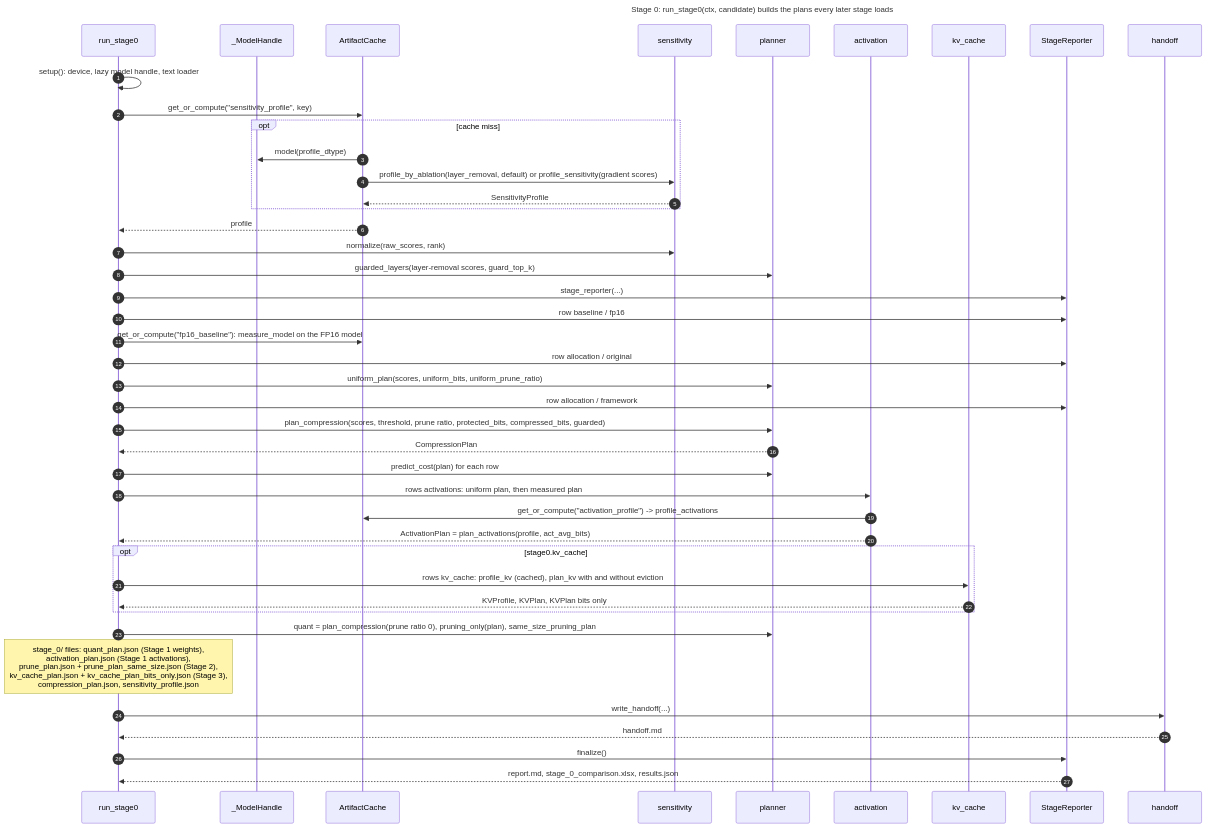
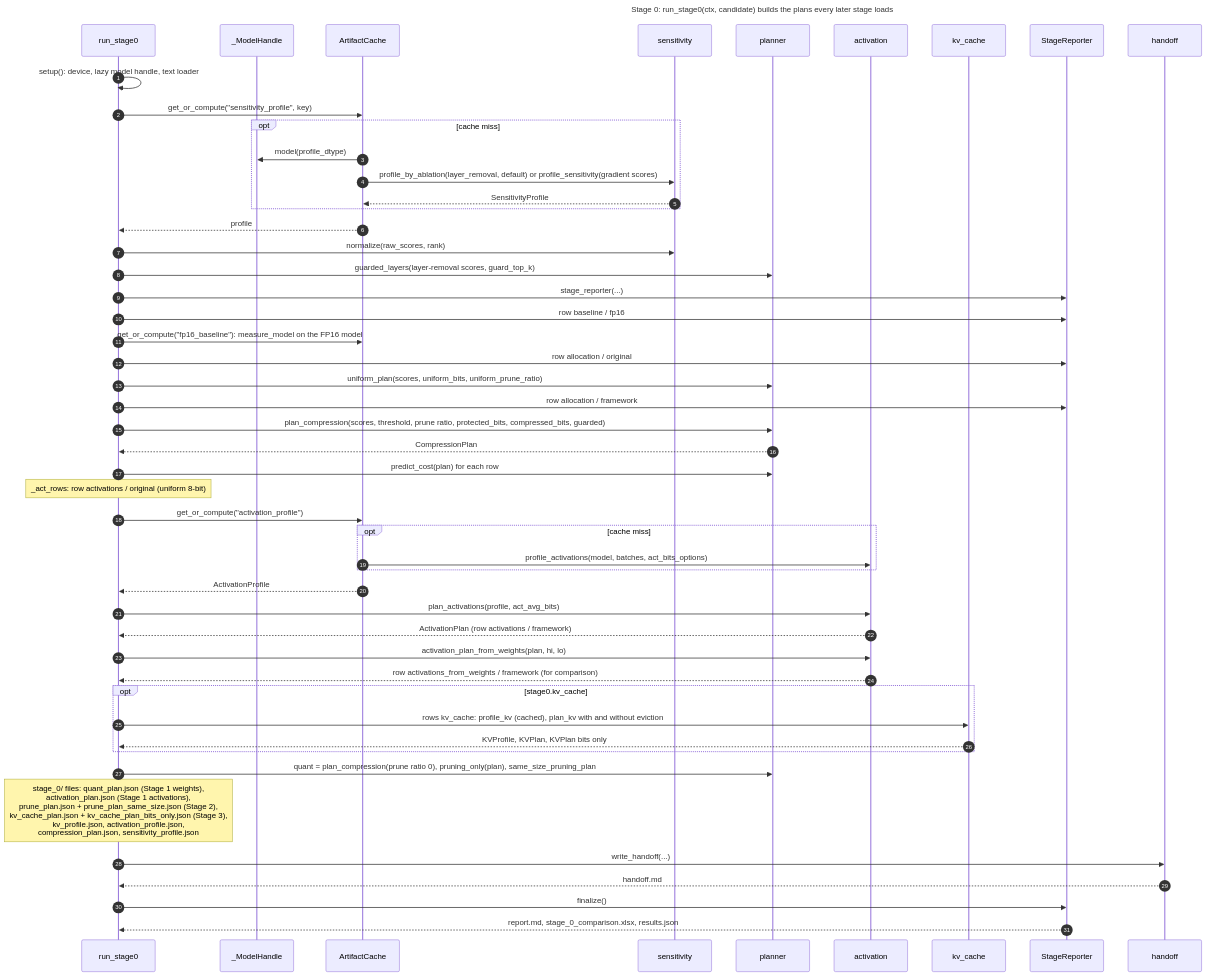
One commit to hamuutpls/sensitivity-driven-framework changed the diagram in docs/diagrams/seq-stage0.mmd. Above: the diagram before and after it, drawn with Mermaid. The commit also changed 8 other files, not shown here.

First line of the commit message:
docs: diagram review fixes and stale stage-split comments (#55)

```diff
--- a/docs/diagrams/seq-stage0.mmd
+++ b/docs/diagrams/seq-stage0.mmd
@@ -1,47 +1,54 @@
 ---
 title: "Stage 0: run_stage0(ctx, candidate) builds the plans every later stage loads"
 ---
 sequenceDiagram
     autonumber
     participant R0 as run_stage0
     participant H as _ModelHandle
     participant C as ArtifactCache
     participant Sens as sensitivity
     participant Pl as planner
     participant Act as activation
     participant KV as kv_cache
     participant Rep as StageReporter
     participant HO as handoff
 
     R0->>R0: setup(): device, lazy model handle, text loader
     R0->>C: get_or_compute("sensitivity_profile", key)
     opt cache miss
         C->>H: model(profile_dtype)
         C->>Sens: profile_by_ablation(layer_removal, default) or profile_sensitivity(gradient scores)
         Sens-->>C: SensitivityProfile
     end
     C-->>R0: profile
     R0->>Sens: normalize(raw_scores, rank)
     R0->>Pl: guarded_layers(layer-removal scores, guard_top_k)
     R0->>Rep: stage_reporter(...)
     R0->>Rep: row baseline / fp16
     R0->>C: get_or_compute("fp16_baseline"): measure_model on the FP16 model
     R0->>Rep: row allocation / original
     R0->>Pl: uniform_plan(scores, uniform_bits, uniform_prune_ratio)
     R0->>Rep: row allocation / framework
     R0->>Pl: plan_compression(scores, threshold, prune ratio, protected_bits, compressed_bits, guarded)
     Pl-->>R0: CompressionPlan
     R0->>Pl: predict_cost(plan) for each row
-    R0->>Act: rows activations: uniform plan, then measured plan
-    Act->>C: get_or_compute("activation_profile") -> profile_activations
-    Act-->>R0: ActivationPlan = plan_activations(profile, act_avg_bits)
+    Note over R0: _act_rows: row activations / original (uniform 8-bit)
+    R0->>C: get_or_compute("activation_profile")
+    opt cache miss
+        C->>Act: profile_activations(model, batches, act_bits_options)
+    end
+    C-->>R0: ActivationProfile
+    R0->>Act: plan_activations(profile, act_avg_bits)
+    Act-->>R0: ActivationPlan (row activations / framework)
+    R0->>Act: activation_plan_from_weights(plan, hi, lo)
+    Act-->>R0: row activations_from_weights / framework (for comparison)
     opt stage0.kv_cache
         R0->>KV: rows kv_cache: profile_kv (cached), plan_kv with and without eviction
         KV-->>R0: KVProfile, KVPlan, KVPlan bits only
     end
     R0->>Pl: quant = plan_compression(prune ratio 0), pruning_only(plan), same_size_pruning_plan
-    Note over R0: stage_0/ files: quant_plan.json (Stage 1 weights),<br/>activation_plan.json (Stage 1 activations),<br/>prune_plan.json + prune_plan_same_size.json (Stage 2),<br/>kv_cache_plan.json + kv_cache_plan_bits_only.json (Stage 3),<br/>compression_plan.json, sensitivity_profile.json
+    Note over R0: stage_0/ files: quant_plan.json (Stage 1 weights),<br/>activation_plan.json (Stage 1 activations),<br/>prune_plan.json + prune_plan_same_size.json (Stage 2),<br/>kv_cache_plan.json + kv_cache_plan_bits_only.json (Stage 3),<br/>kv_profile.json, activation_profile.json,<br/>compression_plan.json, sensitivity_profile.json
     R0->>HO: write_handoff(...)
     HO-->>R0: handoff.md
     R0->>Rep: finalize()
     Rep-->>R0: report.md, stage_0_comparison.xlsx, results.json
```
